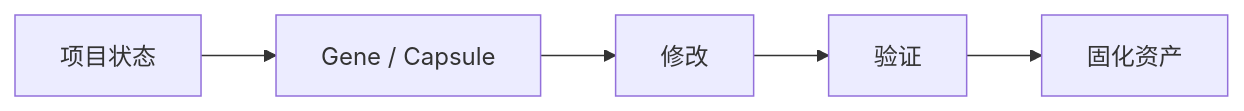
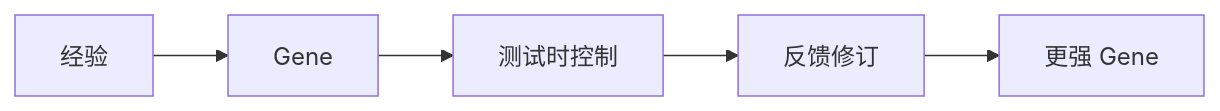
Before and after one commit to pofossette/guidebooks: diagram 15 of 18 in docs/agent-engineering/self-evolve/路线总览.md, drawn with Mermaid. The commit also changed other lines of this file and 7 other files, not shown here.

````diff
--- a/docs/agent-engineering/self-evolve/路线总览.md
+++ b/docs/agent-engineering/self-evolve/路线总览.md
@@ -180,7 +263,7 @@
 ```mermaid
 flowchart LR
-    A4[项目状态] --> B4[Gene / Capsule]
-    B4 --> C4[修改]
-    C4 --> D4[验证]
-    D4 --> E4[固化资产]
+    A4[经验] --> B4[Gene]
+    B4 --> C4[测试时控制]
+    C4 --> D4[反馈修订]
+    D4 --> E4[更强 Gene]
 ```
````
